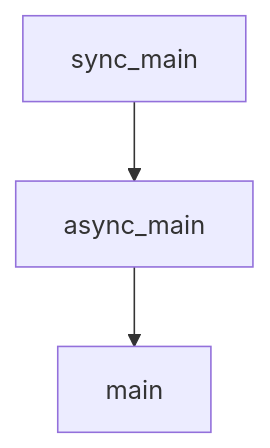
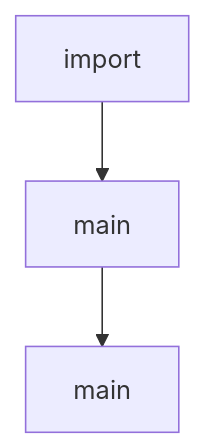
The diagram in tutorials/openai-python-sdk-tutorial/05-batch-processing.md (johnxie/awesome-code-docs), drawn with Mermaid before and after one commit. The commit also changed other lines of this file and 1232 other files, not shown here.

````diff
--- a/tutorials/openai-python-sdk-tutorial/05-batch-processing.md
+++ b/tutorials/openai-python-sdk-tutorial/05-batch-processing.md
@@ -200,8 +198,8 @@
 ```mermaid
 flowchart TD
-    A[sync_main]
-    B[async_main]
+    A[import]
+    B[main]
     C[main]
     A --> B
     B --> C
 ```
````
